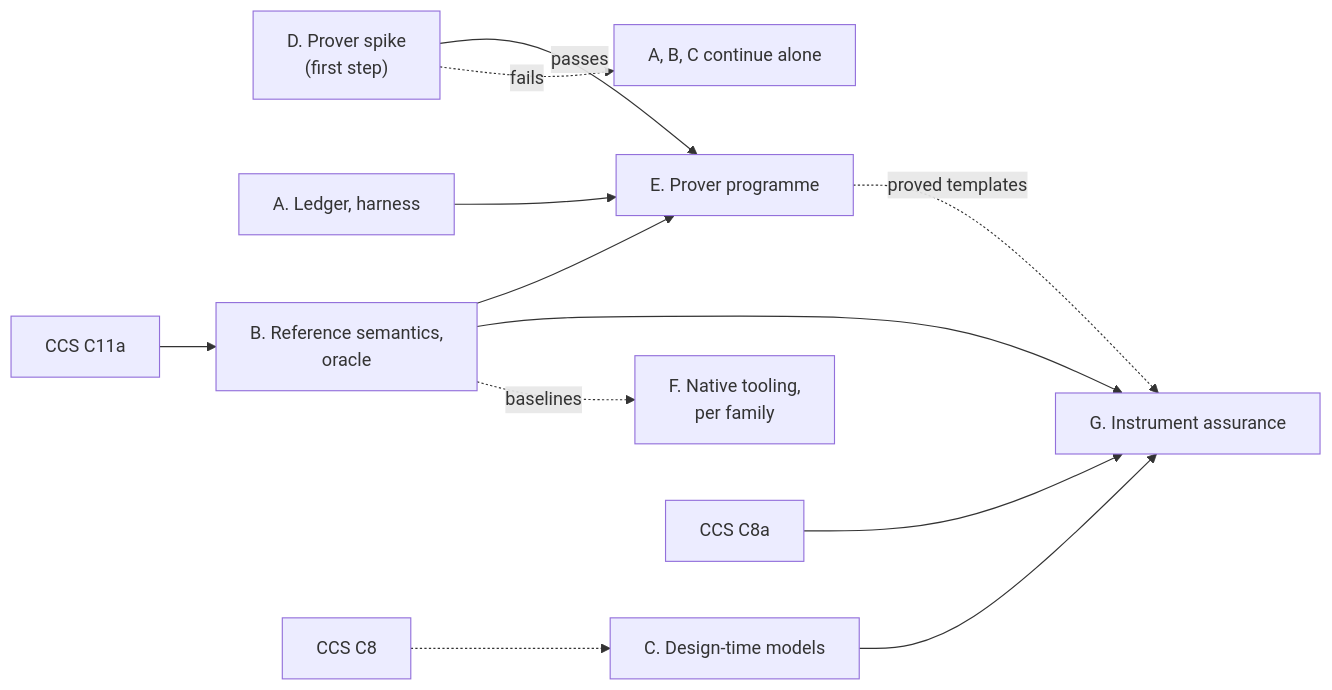
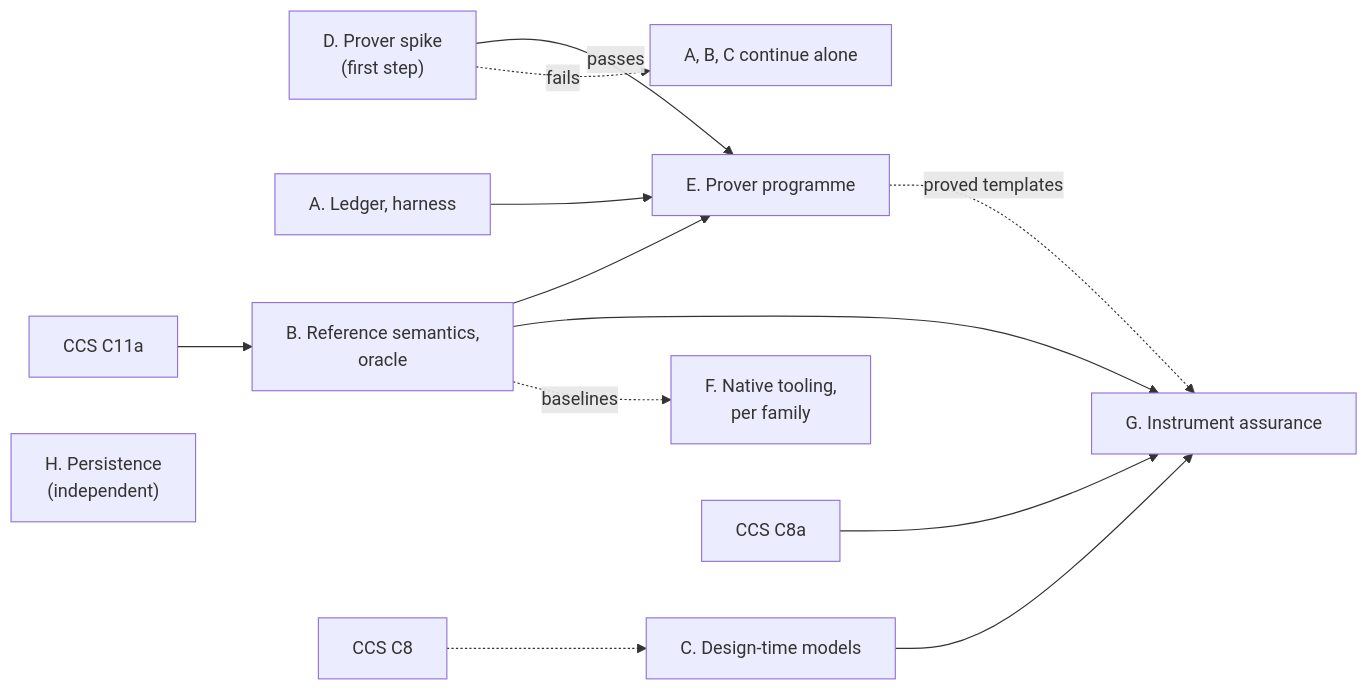
The diagram in docs/developer/plans/formal-methods.md (nebularis/lattice), drawn with Mermaid before and after one commit. The commit also changed other lines of this file and 24 other files, not shown here.

````diff
--- a/docs/developer/plans/formal-methods.md
+++ b/docs/developer/plans/formal-methods.md
@@ -78,19 +83,20 @@
 ```mermaid
 flowchart LR
     D["D. Prover spike<br/>(first step)"] -->|passes| E["E. Prover programme"]
     D -.->|fails| X["A, B, C continue alone"]
     A["A. Ledger, harness"]
     B["B. Reference semantics,<br/>oracle"]
     C["C. Design-time models"]
     F["F. Native tooling,<br/>per family"]
     G["G. Instrument assurance"]
     B --> E
     A --> E
     B --> G
     C --> G
     E -. "proved templates" .-> G
     B -. "baselines" .-> F
     C8["CCS C8"] -.-> C
     C11a["CCS C11a"] --> B
     C8a["CCS C8a"] --> G
+    H["H. Persistence<br/>(independent)"]
 ```
````
